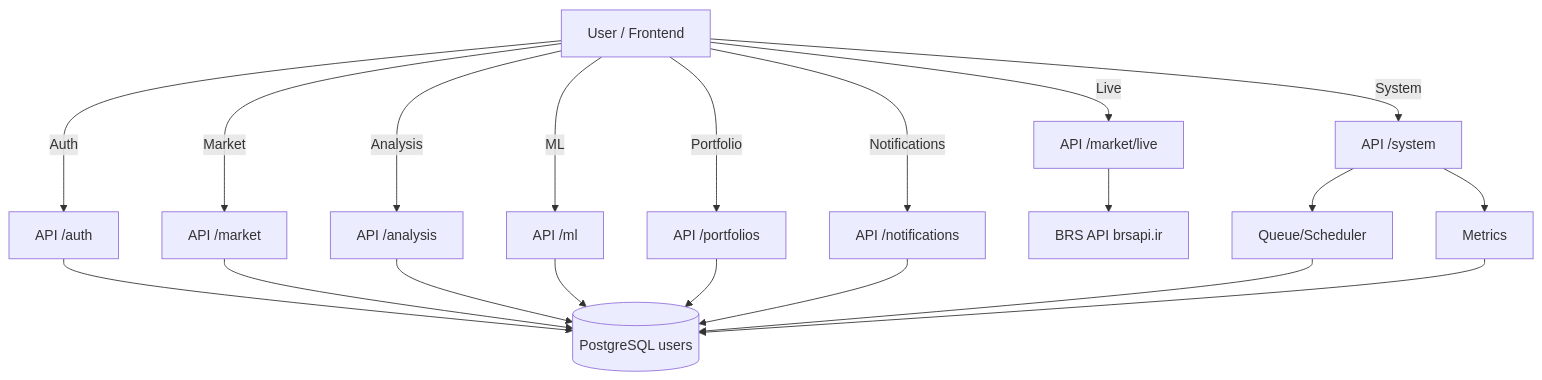
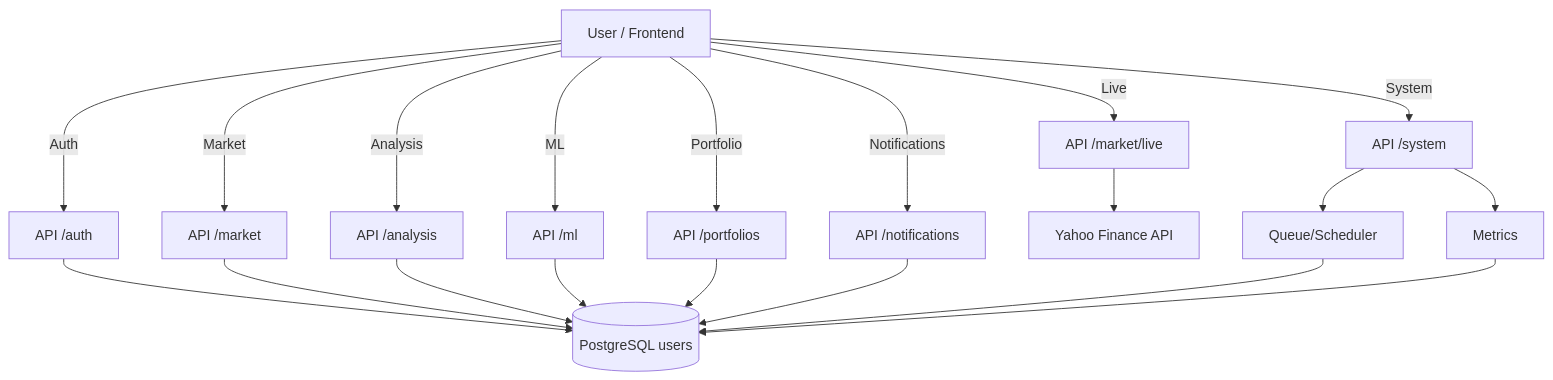
The diagram in docs/diagrams/bpmn/level_1_processes_overview.md (Shakour-Data/BedaanWaves), drawn with Mermaid before and after one commit. The commit also changed other lines of this file and 51 other files, not shown here.

````diff
--- a/docs/diagrams/bpmn/level_1_processes_overview.md
+++ b/docs/diagrams/bpmn/level_1_processes_overview.md
@@ -16,25 +16,25 @@
 ```mermaid
 flowchart TD
   U[User / Frontend] -->|Auth| AUTH[API /auth]
   U -->|Market| MK[API /market]
   U -->|Live| LIVE[API /market/live]
   U -->|Analysis| AN[API /analysis]
   U -->|ML| ML[API /ml]
   U -->|Portfolio| PO[API /portfolios]
   U -->|Notifications| NOTIF[API /notifications]
   U -->|System| SYS[API /system]
 
   AUTH --> DB[(PostgreSQL users)]
   MK --> DB
-  LIVE --> BRS[BRS API brsapi.ir]
+  LIVE --> YF[Yahoo Finance API]
   AN --> DB
   ML --> DB
   PO --> DB
   NOTIF --> DB
   SYS --> QUEUE[Queue/Scheduler]
   SYS --> METR[Metrics]
 
   QUEUE --> DB
   METR --> DB
   %% Business processes summarized
 ```
````
